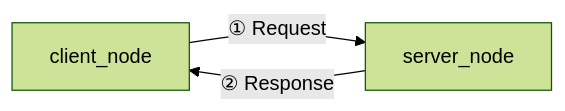
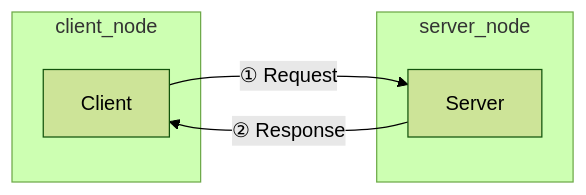
One commit to Harlequinade1123/ros1-tutorials changed the second of 4 diagrams in docs/01_introduction.md. Above: the diagram before and after it, drawn with Mermaid (forest theme). The commit also changed other lines of this file, not shown here.

Commit message:
docs: add Publisher/Subscriber subgraphs to node diagrams in ch.1

````diff
--- a/docs/01_introduction.md
+++ b/docs/01_introduction.md
@@ -65,5 +72,11 @@
 ```mermaid
 graph LR
-    client["client_node"] -->|"① Request"| server["server_node"]
-    server -->|"② Response"| client
+    subgraph clientNode ["client_node"]
+        C["Client"]
+    end
+    subgraph serverNode ["server_node"]
+        S["Server"]
+    end
+    C -->|"① Request"| S
+    S -->|"② Response"| C
 ```
````
